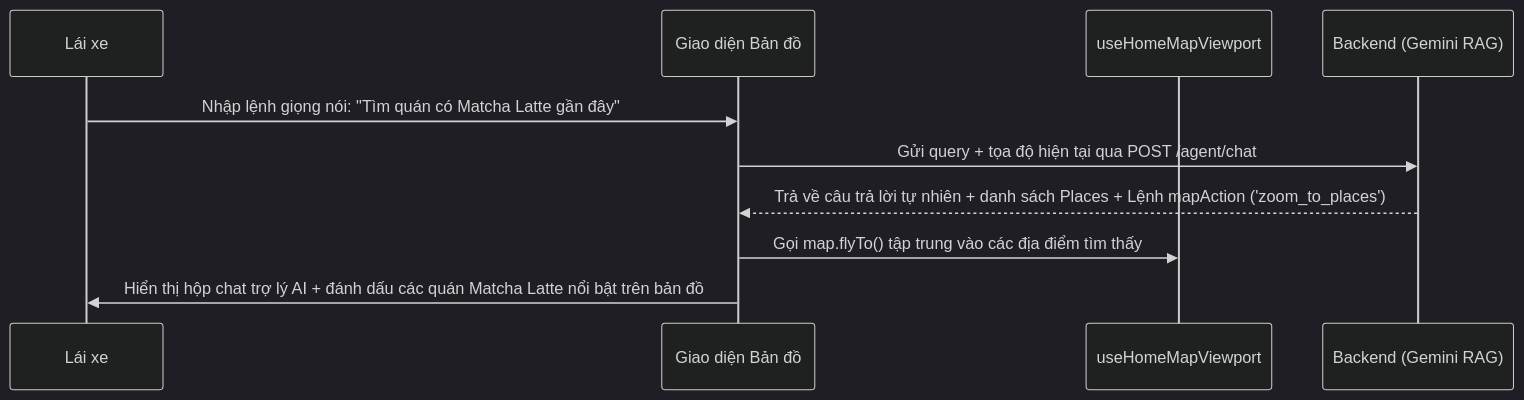
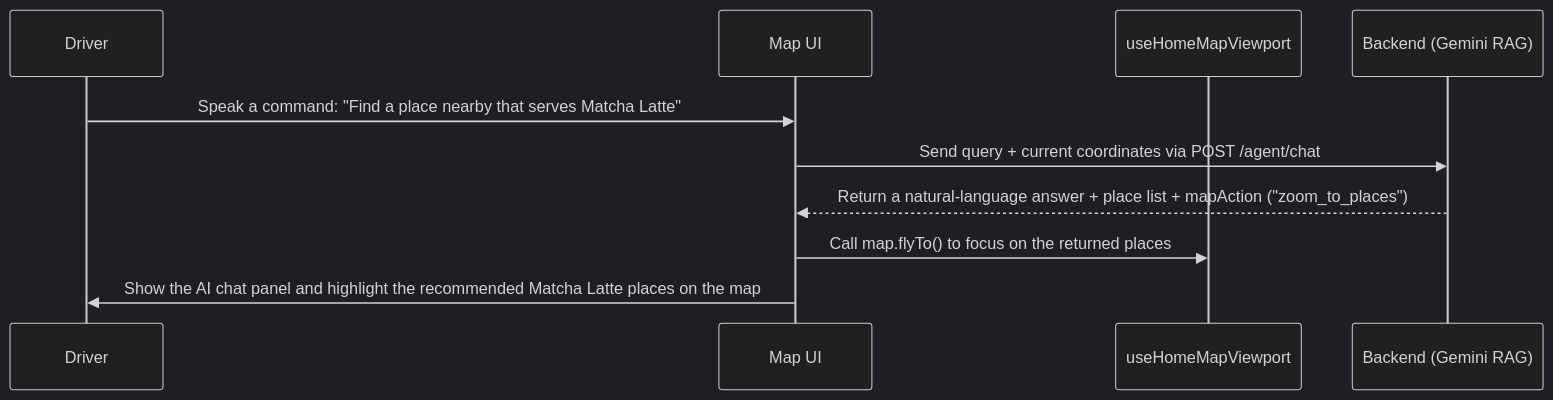
One commit to pcongminh4/MiaMap changed the diagram in miamap-frontend/docs/waze-clone-roadmap.md. Above: the diagram before and after it, drawn with Mermaid (dark theme). The commit also changed other lines of this file and 137 other files, not shown here.

````diff
--- a/miamap-frontend/docs/waze-clone-roadmap.md
+++ b/miamap-frontend/docs/waze-clone-roadmap.md
@@ -13,13 +21,13 @@
 ```mermaid
 sequenceDiagram
-    participant User as Lái xe
-    participant UI as Giao diện Bản đồ
+    participant User as Driver
+    participant UI as Map UI
     participant Hook as useHomeMapViewport
     participant API as Backend (Gemini RAG)
-    
-    User->>UI: Nhập lệnh giọng nói: "Tìm quán có Matcha Latte gần đây"
-    UI->>API: Gửi query + tọa độ hiện tại qua POST /agent/chat
-    API-->>UI: Trả về câu trả lời tự nhiên + danh sách Places + Lệnh mapAction ('zoom_to_places')
-    UI->>Hook: Gọi map.flyTo() tập trung vào các địa điểm tìm thấy
-    UI->>User: Hiển thị hộp chat trợ lý AI + đánh dấu các quán Matcha Latte nổi bật trên bản đồ
+
+    User->>UI: Speak a command: "Find a place nearby that serves Matcha Latte"
+    UI->>API: Send query + current coordinates via POST /agent/chat
+    API-->>UI: Return a natural-language answer + place list + mapAction ("zoom_to_places")
+    UI->>Hook: Call map.flyTo() to focus on the returned places
+    UI->>User: Show the AI chat panel and highlight the recommended Matcha Latte places on the map
 ```
````
